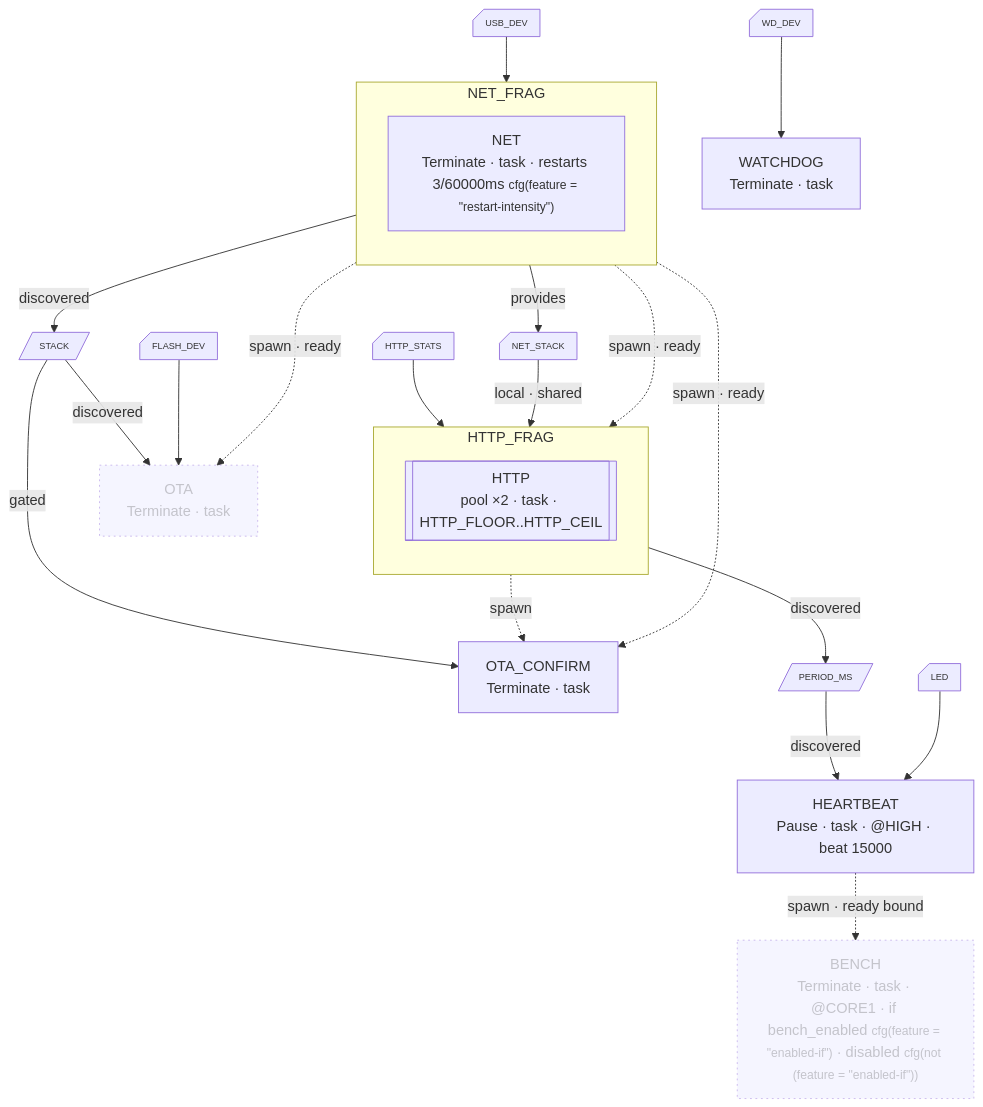
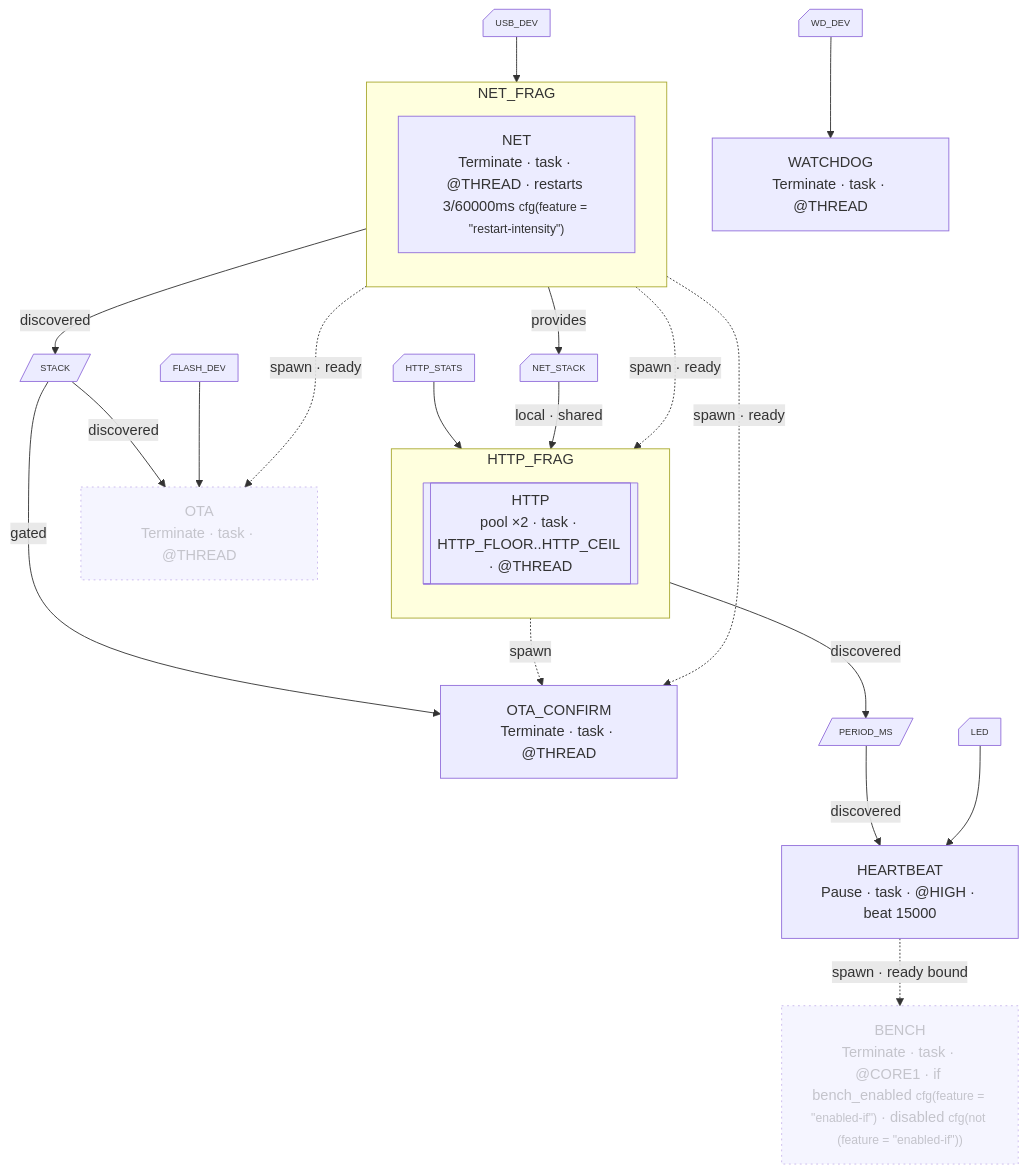
The diagram in firmware/README.md (cedrivard/embassy-supervisor), drawn with Mermaid before and after one commit. The commit also changed other lines of this file and 154 other files, not shown here.

````diff
--- a/firmware/README.md
+++ b/firmware/README.md
@@ -20,55 +20,55 @@
 ```mermaid
-%% runtime coupling — compose_graph!  (firmware/src/main.rs:23)
+%% runtime coupling: compose_graph!  (firmware/src/main.rs:23)
 flowchart TD
   accDescr: supervisor task graph declared at firmware/src/main.rs:23
   subgraph f_NET_FRAG["NET_FRAG"]
     direction TD
-    n_NET["NET<br/>Terminate · task · restarts 3/60000ms <small>cfg(feature = #quot;restart-intensity#quot;)</small>"]
+    n_NET["NET<br/>Terminate · task · @THREAD · restarts 3/60000ms <small>cfg(feature = #quot;restart-intensity#quot;)</small>"]
   end
   subgraph f_HTTP_FRAG["HTTP_FRAG"]
     direction TD
-    n_HTTP[["HTTP<br/>pool ×2 · task · HTTP_FLOOR..HTTP_CEIL"]]
+    n_HTTP[["HTTP<br/>pool ×2 · task · HTTP_FLOOR..HTTP_CEIL · @THREAD"]]
   end
-  n_WATCHDOG["WATCHDOG<br/>Terminate · task"]
+  n_WATCHDOG["WATCHDOG<br/>Terminate · task · @THREAD"]
   n_HEARTBEAT["HEARTBEAT<br/>Pause · task · @HIGH · beat 15000"]
-  n_OTA["OTA<br/>Terminate · task"]
+  n_OTA["OTA<br/>Terminate · task · @THREAD"]
   n_BENCH["BENCH<br/>Terminate · task · @CORE1 · if bench_enabled <small>cfg(feature = #quot;enabled-if#quot;)</small> · disabled <small>cfg(not (feature = #quot;enabled-if#quot;))</small>"]
-  n_OTA_CONFIRM["OTA_CONFIRM<br/>Terminate · task"]
+  n_OTA_CONFIRM["OTA_CONFIRM<br/>Terminate · task · @THREAD"]
 
   n_NET -. "spawn · ready" .-> n_HTTP
   n_NET -. "spawn · ready" .-> n_OTA
   n_HEARTBEAT -. "spawn · ready bound" .-> n_BENCH
   n_HTTP -. "spawn" .-> n_OTA_CONFIRM
   n_NET -. "spawn · ready" .-> n_OTA_CONFIRM
 
   s_crate__net__STACK[/"STACK"/]
   n_NET -- "discovered" --> s_crate__net__STACK
   s_heartbeat__PERIOD_MS[/"PERIOD_MS"/]
   n_HTTP -- "discovered" --> s_heartbeat__PERIOD_MS
   s_crate__net__STACK -- "discovered" --> n_OTA
   s_crate__net__STACK -- "gated" --> n_OTA_CONFIRM
   s_heartbeat__PERIOD_MS -- "discovered" --> n_HEARTBEAT
   class s_crate__net__STACK,s_heartbeat__PERIOD_MS signal;
 
   r_USB_DEV@{ shape: notch-rect, label: "USB_DEV" }
   r_HTTP_STATS@{ shape: notch-rect, label: "HTTP_STATS" }
   r_NET_STACK@{ shape: notch-rect, label: "NET_STACK" }
   r_WD_DEV@{ shape: notch-rect, label: "WD_DEV" }
   r_LED@{ shape: notch-rect, label: "LED" }
   r_FLASH_DEV@{ shape: notch-rect, label: "FLASH_DEV" }
   r_USB_DEV --> n_NET
   r_HTTP_STATS --> n_HTTP
   r_NET_STACK -- "local · shared" --> n_HTTP
   r_WD_DEV --> n_WATCHDOG
   r_LED --> n_HEARTBEAT
   r_FLASH_DEV --> n_OTA
   n_NET -- "provides" --> r_NET_STACK
   class r_USB_DEV,r_HTTP_STATS,r_NET_STACK,r_WD_DEV,r_LED,r_FLASH_DEV resource;
 
   class n_OTA,n_BENCH disabled;
   classDef parked stroke-dasharray:4 3;
   classDef disabled stroke-dasharray:2 4,opacity:0.5;
   classDef external stroke-dasharray:3 3,opacity:0.7;
   classDef signal stroke-width:1px,font-size:10px;
   classDef resource stroke-width:1px,stroke-dasharray:0,font-size:10px;
 ```
````
